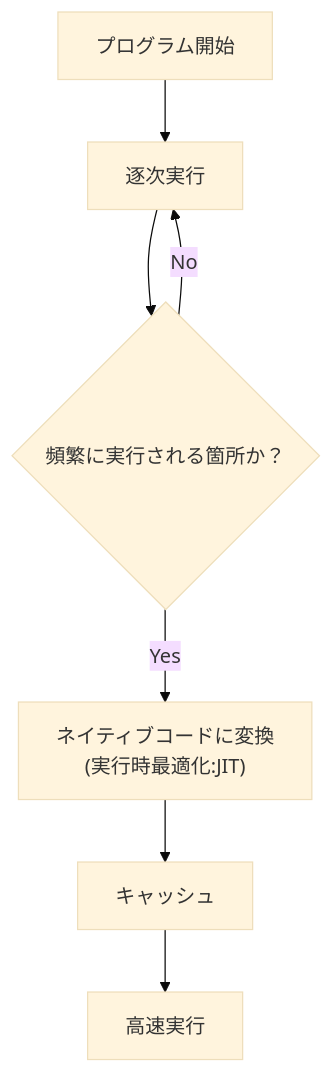
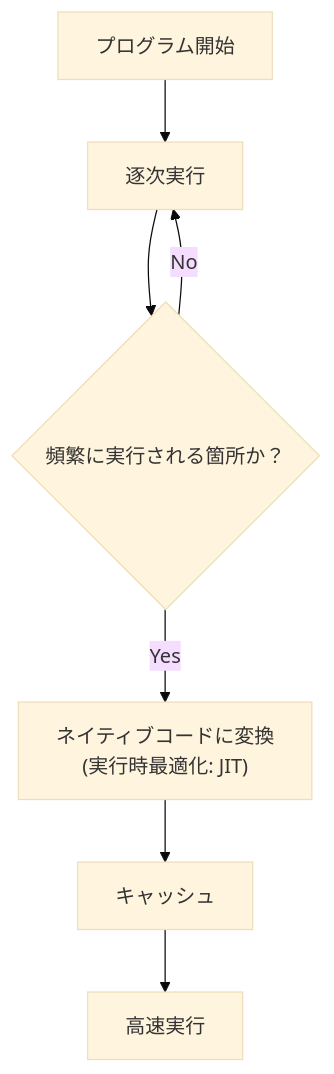
One commit to Ham4690/zenn-github changed the fourth of 4 diagrams in articles/e4e352a9970bd9.md. Above: the diagram before and after it, drawn with Mermaid (base theme). The commit also changed other lines of this file, not shown here.

````diff
--- a/articles/e4e352a9970bd9.md
+++ b/articles/e4e352a9970bd9.md
@@ -97,9 +99,9 @@
 ```mermaid
 flowchart TD
     A[プログラム開始] --> B[逐次実行]
     B --> C{頻繁に実行される箇所か？}
     C -->|No| B
-    C -->|Yes| D["ネイティブコードに変換<br>(実行時最適化:JIT)"]
+    C -->|Yes| D["ネイティブコードに変換<br>(実行時最適化: JIT)"]
     D --> E[キャッシュ]
     E --> F[高速実行]
 ```
````
